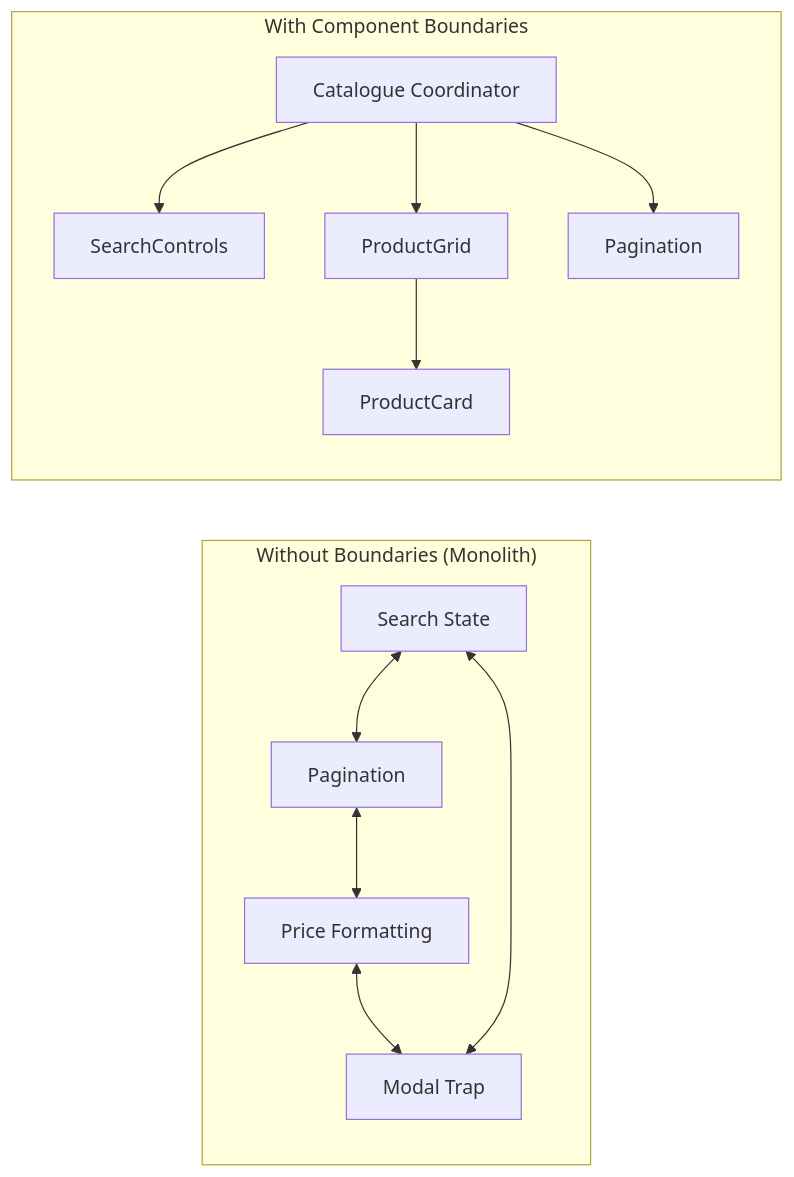
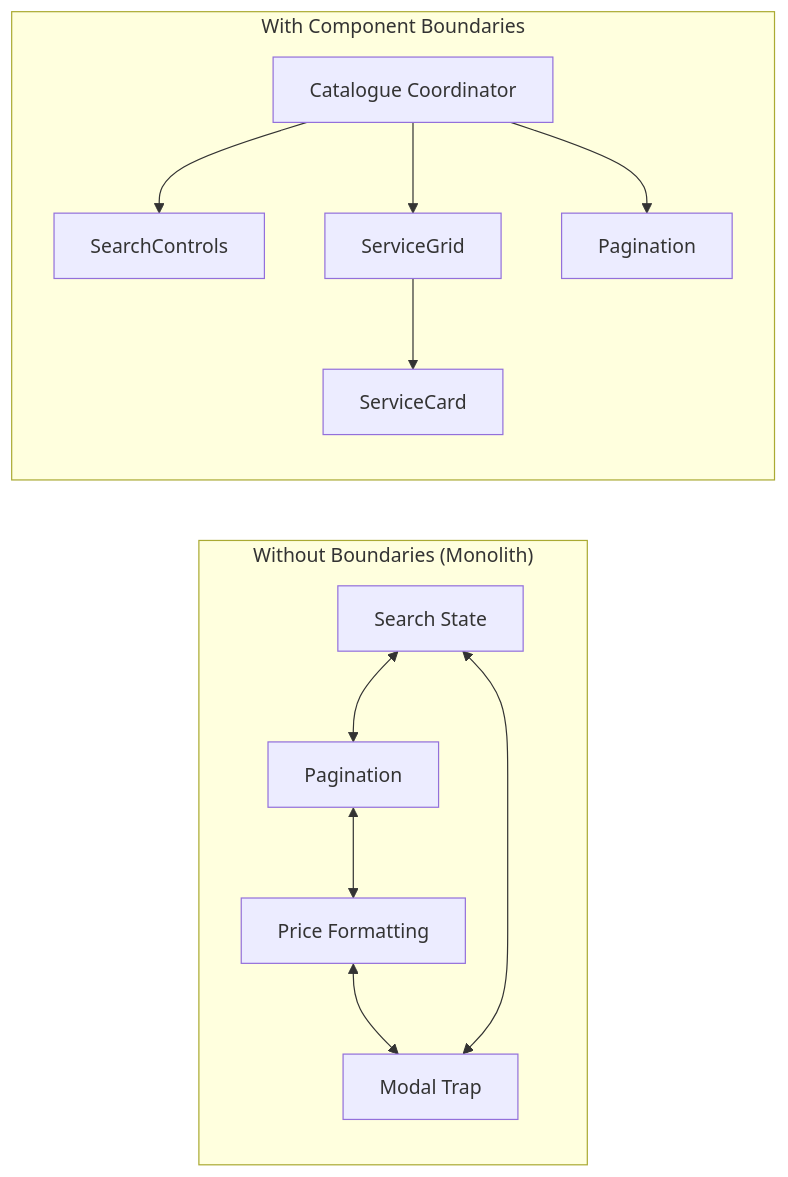
One commit to polla-fattah/frontend-book changed the second of 14 diagrams in content/book/Chapter_06_Component_Driven_Architecture_and_Design_Patterns.md. Above: the diagram before and after it, drawn with Mermaid. The commit also changed other lines of this file, not shown here.

````diff
--- a/content/book/Chapter_06_Component_Driven_Architecture_and_Design_Patterns.md
+++ b/content/book/Chapter_06_Component_Driven_Architecture_and_Design_Patterns.md
@@ -47,15 +32,15 @@
 ```mermaid
 flowchart LR
     subgraph CognitiveLoad["Without Boundaries (Monolith)"]
         M1[Search State] <--> M2[Pagination]
         M2 <--> M3[Price Formatting]
         M3 <--> M4[Modal Trap]
         M4 <--> M1
     end
     subgraph Encapsulated["With Component Boundaries"]
         P1[Catalogue Coordinator] --> P2[SearchControls]
-        P1 --> P3[ProductGrid]
-        P3 --> P4[ProductCard]
+        P1 --> P3[ServiceGrid]
+        P3 --> P4[ServiceCard]
         P1 --> P5[Pagination]
     end
 ```
````
